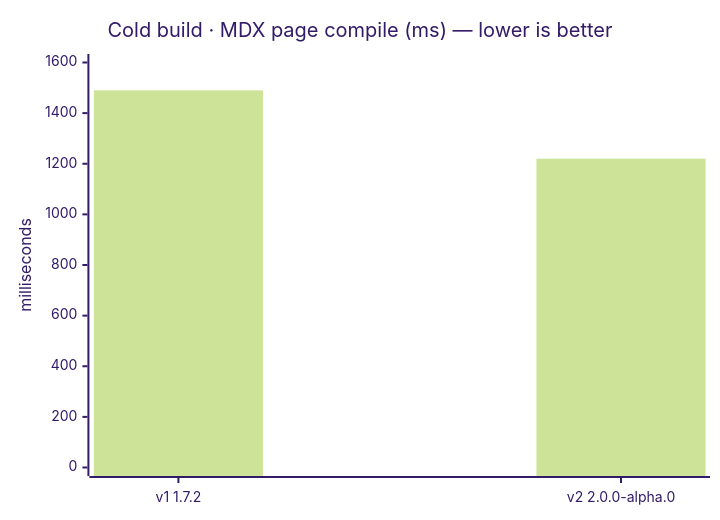
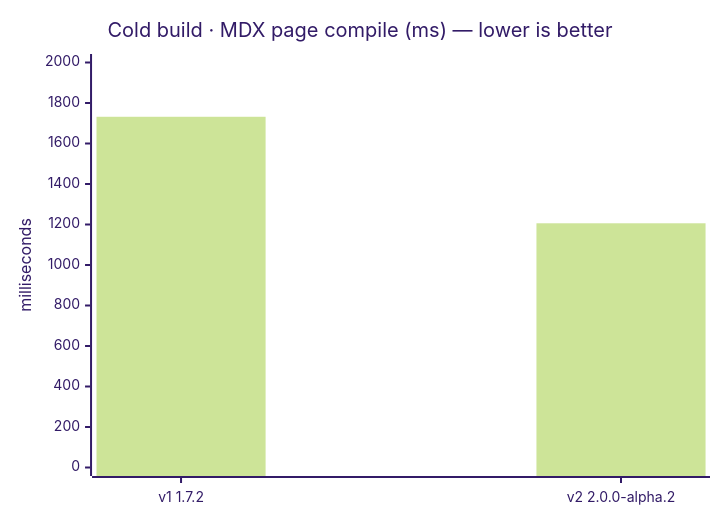
The second of 2 diagrams in packages/flame/docs/index.mdx (DocuBook/docubook), drawn with Mermaid (forest theme) before and after one commit. The commit also changed other lines of this file, not shown here.

````diff
--- a/packages/flame/docs/index.mdx
+++ b/packages/flame/docs/index.mdx
@@ -73,7 +74,7 @@
 ```mermaid
 xychart-beta
     title "Cold build · MDX page compile (ms) — lower is better"
-    x-axis ["v1 1.7.2", "v2 2.0.0-alpha.0"]
-    y-axis "milliseconds" 0 --> 1600
-    bar [1490, 1220]
+    x-axis ["v1 1.7.2", "v2 2.0.0-alpha.2"]
+    y-axis "milliseconds" 0 --> 2000
+    bar [1732, 1206]
 ```
````
